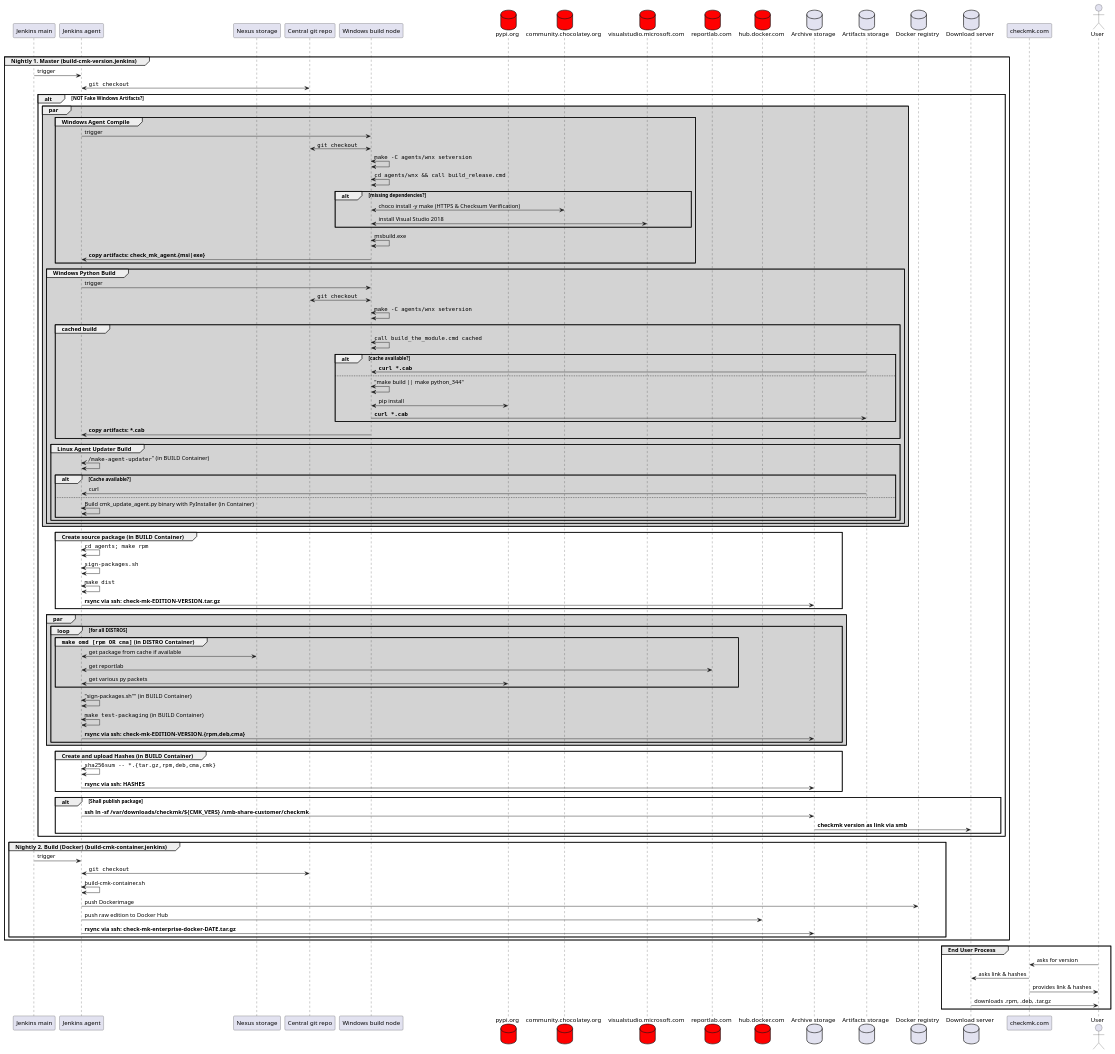
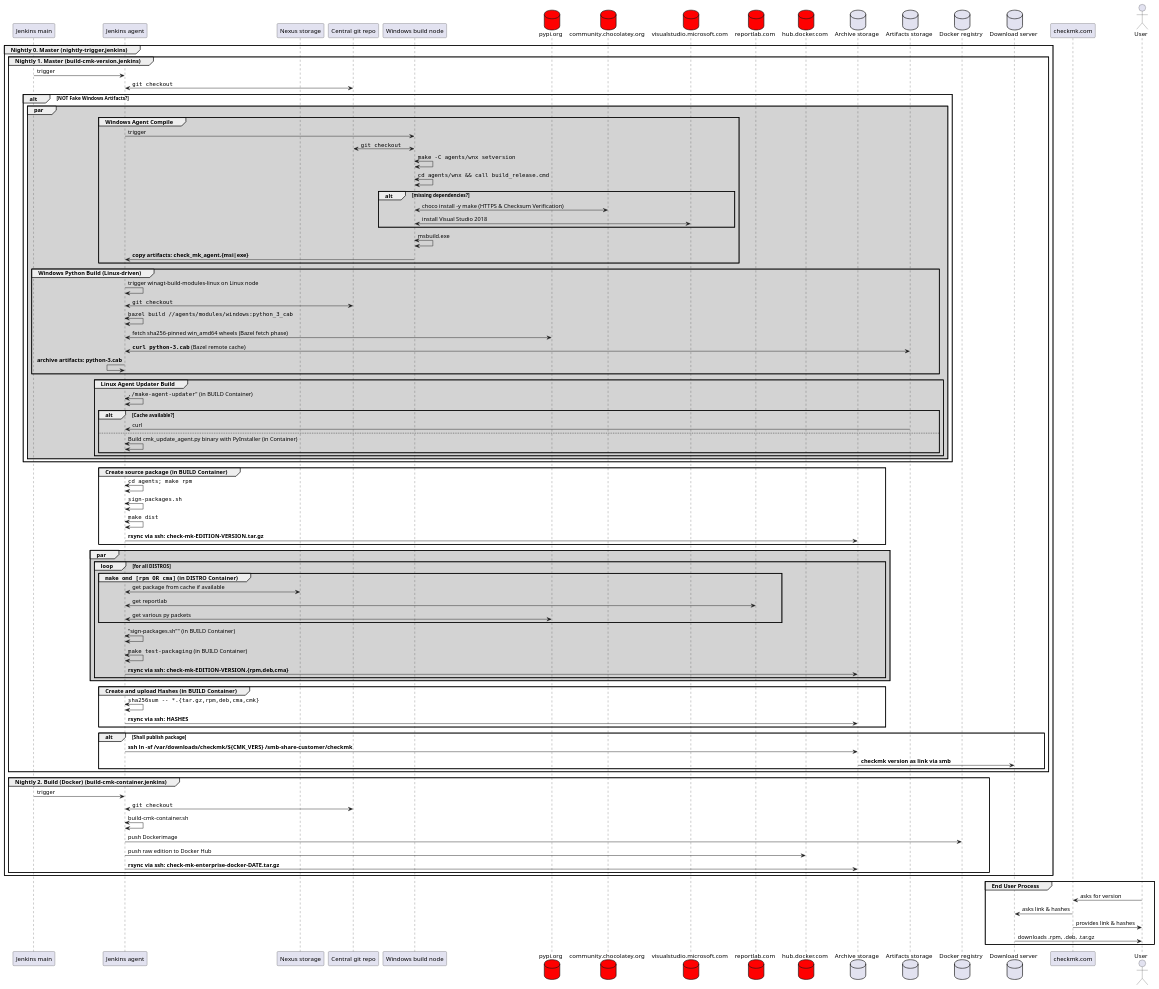
The diagram in doc/documentation/build-sequence.puml (Checkmk/checkmk), drawn with PlantUML before and after one commit. The commit also changed 44 other files, not shown here.

First line of the commit message:
winagt-build-modules: retire the Windows flow

```diff
--- a/doc/documentation/build-sequence.puml
+++ b/doc/documentation/build-sequence.puml
@@ -1,117 +1,110 @@
 participant jenkins as "Jenkins main"
 participant dc4 as "Jenkins agent"
 participant nexus as "Nexus storage"
 participant git as "Central git repo"
 participant winnode as "Windows build node"
 
 ' 3rd party components
 database pypi as "pypi.org" #red
 database choco as "community.chocolatey.org" #red
 database win as "visualstudio.microsoft.com" #red
 database reportlab as "reportlab.com" #red
 database dockerhub as "hub.docker.com" #red
 
 database archive as "Archive storage"
 database artifacts as "Artifacts storage"
 database registry as "Docker registry"
 database download as "Download server"
 participant website as "checkmk.com"
 actor user as "User"
 
 group Nightly 0. Master (nightly-trigger.jenkins)
     group Nightly 1. Master (build-cmk-version.jenkins)
     jenkins -> dc4: trigger
     git <-> dc4: ""git checkout""
     alt NOT Fake Windows Artifacts?
 
         par #lightgrey
             group Windows Agent Compile
             dc4 -> winnode: trigger
                 winnode <-> git: ""git checkout""
                 winnode <-> winnode: ""make -C agents/wnx setversion""
                 winnode <-> winnode: ""cd agents/wnx && call build_release.cmd""
                 alt missing dependencies?
                 winnode <-> choco: choco install -y make (HTTPS & Checksum Verification)
                 winnode <-> win: install Visual Studio 2018
                 end
                 winnode <-> winnode: msbuild.exe
             dc4 <- winnode: **copy artifacts: check_mk_agent.{msi|exe}**
             end
 
-            group Windows Python Build
-            dc4 -> winnode: trigger
-                winnode <-> git: ""git checkout""
-                winnode <-> winnode: ""make -C agents/wnx setversion""
-                group cached build
-                winnode <-> winnode: ""call build_the_module.cmd cached""
-                alt cache available?
-                winnode <- artifacts: **""curl *.cab""**
-                else
-                winnode <-> winnode: "make build || make python_344"
-                winnode <-> pypi: pip install
-                winnode -> artifacts: **""curl *.cab""**
-                end
-            dc4 <- winnode: **copy artifacts: *.cab**
+            group Windows Python Build (Linux-driven)
+            dc4 -> dc4: trigger winagt-build-modules-linux on Linux node
+                dc4 <-> git: ""git checkout""
+                dc4 <-> dc4: ""bazel build //agents/modules/windows:python_3_cab""
+                dc4 <-> pypi: fetch sha256-pinned win_amd64 wheels (Bazel fetch phase)
+                dc4 <-> artifacts: **""curl python-3.cab""** (Bazel remote cache)
+            dc4 <- dc4: **archive artifacts: python-3.cab**
             end
 
             group Linux Agent Updater Build
             dc4 <-> dc4: ""./make-agent-updater""" (in BUILD Container)
             alt Cache available?
                 dc4 <- artifacts: curl
             else
                 dc4 <-> dc4:  Build cmk_update_agent.py binary with PyInstaller (in Container)
             end
             end
         end
         end
 
 
         group Create source package (in BUILD Container)
         dc4 <-> dc4: ""cd agents; make rpm""
         dc4 <-> dc4: ""sign-packages.sh""
         dc4 <-> dc4: ""make dist""
         dc4 -> archive: **rsync via ssh: check-mk-EDITION-VERSION.tar.gz**
         end
 
 
         par #lightgrey
         loop for all DISTROS
         group ""make omd [rpm OR cma]"" (in DISTRO Container)
         dc4 <-> nexus: get package from cache if available
         dc4 <-> reportlab: get reportlab
         dc4 <-> pypi: get various py packets
         end
         dc4 <-> dc4: "sign-packages.sh"" (in BUILD Container)
         dc4 <-> dc4: ""make test-packaging"" (in BUILD Container)
         dc4 -> archive: **rsync via ssh: check-mk-EDITION-VERSION.{rpm,deb,cma}**
         end
         end
 
         group Create and upload Hashes (in BUILD Container)
         dc4 <-> dc4: ""sha256sum -- *.{tar.gz,rpm,deb,cma,cmk}""
         dc4 -> archive: **rsync via ssh: HASHES**
         end
 
         alt Shall publish package
         dc4 -> archive: **ssh ln -sf /var/downloads/checkmk/${CMK_VERS} /smb-share-customer/checkmk**
         archive -> download: **checkmk version as link via smb**
         end
 
         end
     group Nightly 2. Build (Docker) (build-cmk-container.jenkins)
     jenkins -> dc4: trigger
     git <-> dc4: ""git checkout""
     dc4 <-> dc4: build-cmk-container.sh
     dc4 -> registry: push Dockerimage
     dc4 -> dockerhub: push raw edition to Docker Hub
     dc4 -> archive: **rsync via ssh: check-mk-enterprise-docker-DATE.tar.gz**
     end
 end
 
 group End User Process
 user->website: asks for version
 download <-website: asks link & hashes
 website-> user: provides link & hashes
 download-> user: downloads .rpm, .deb, .tar.gz
 end
 @enduml
```
